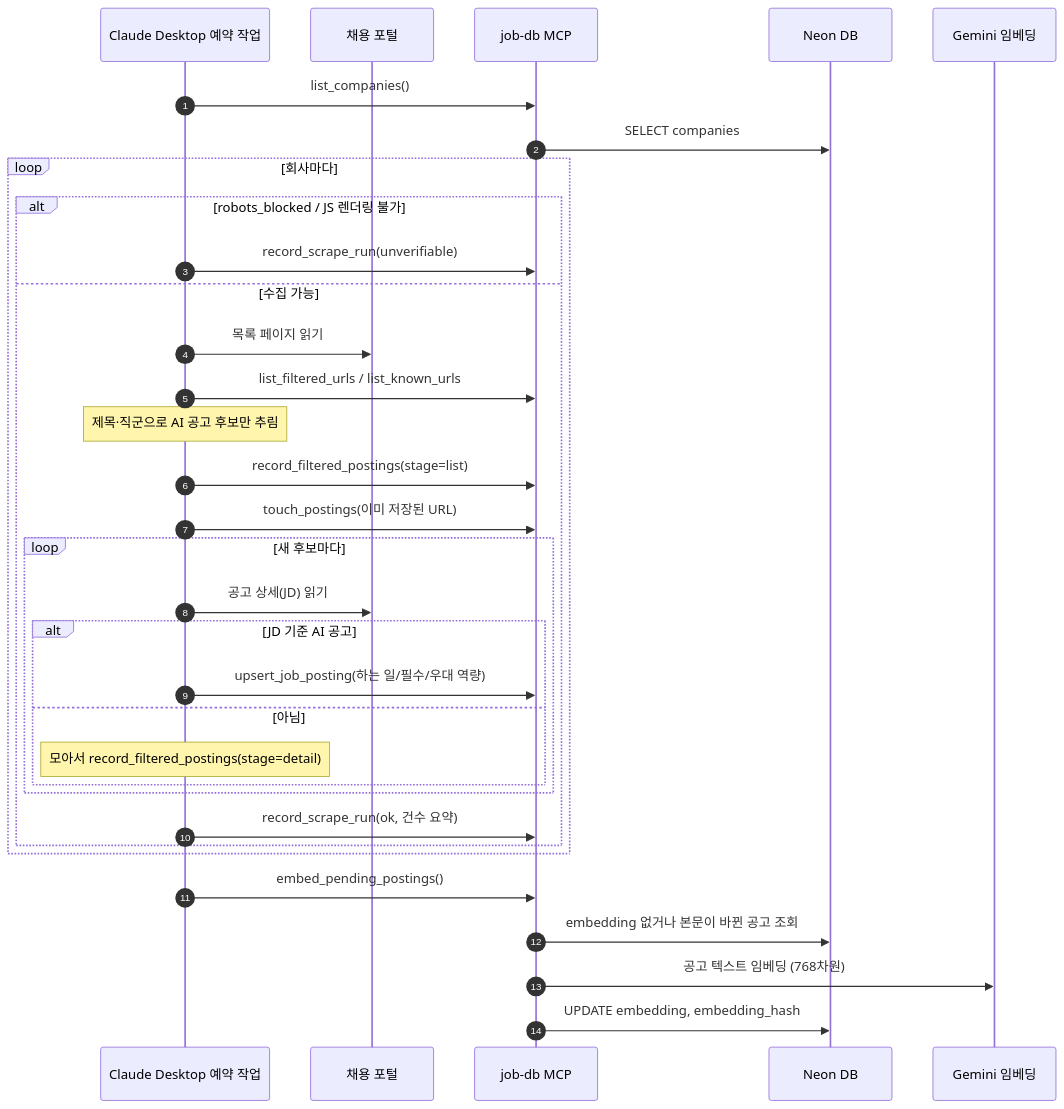
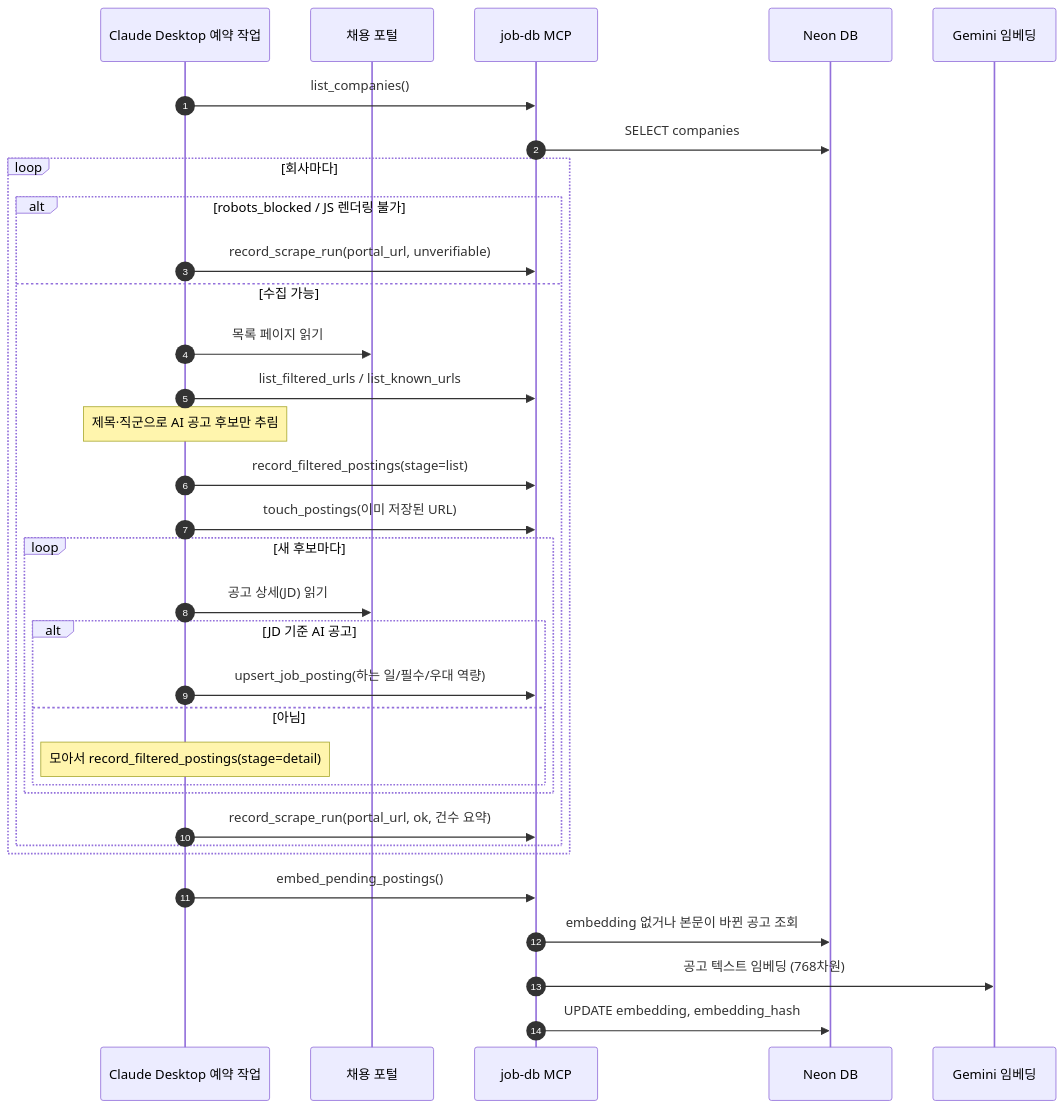
One commit to hymn-fly/recruit-posting-agent changed the second of 5 diagrams in README.md. Above: the diagram before and after it, drawn with Mermaid. The commit also changed other lines of this file and 5 other files, not shown here.

````diff
--- a/README.md
+++ b/README.md
@@ -125,36 +125,36 @@
 ```mermaid
 sequenceDiagram
     autonumber
     participant CD as Claude Desktop 예약 작업
     participant Web as 채용 포털
     participant JDB as job-db MCP
     participant DB as Neon DB
     participant GEM as Gemini 임베딩
 
     CD->>JDB: list_companies()
     JDB->>DB: SELECT companies
     loop 회사마다
         alt robots_blocked / JS 렌더링 불가
-            CD->>JDB: record_scrape_run(unverifiable)
+            CD->>JDB: record_scrape_run(portal_url, unverifiable)
         else 수집 가능
             CD->>Web: 목록 페이지 읽기
             CD->>JDB: list_filtered_urls / list_known_urls
             Note over CD: 제목·직군으로 AI 공고 후보만 추림
             CD->>JDB: record_filtered_postings(stage=list)
             CD->>JDB: touch_postings(이미 저장된 URL)
             loop 새 후보마다
                 CD->>Web: 공고 상세(JD) 읽기
                 alt JD 기준 AI 공고
                     CD->>JDB: upsert_job_posting(하는 일/필수/우대 역량)
                 else 아님
                     Note over CD: 모아서 record_filtered_postings(stage=detail)
                 end
             end
-            CD->>JDB: record_scrape_run(ok, 건수 요약)
+            CD->>JDB: record_scrape_run(portal_url, ok, 건수 요약)
         end
     end
     CD->>JDB: embed_pending_postings()
     JDB->>DB: embedding 없거나 본문이 바뀐 공고 조회
     JDB->>GEM: 공고 텍스트 임베딩 (768차원)
     JDB->>DB: UPDATE embedding, embedding_hash
 ```
````
